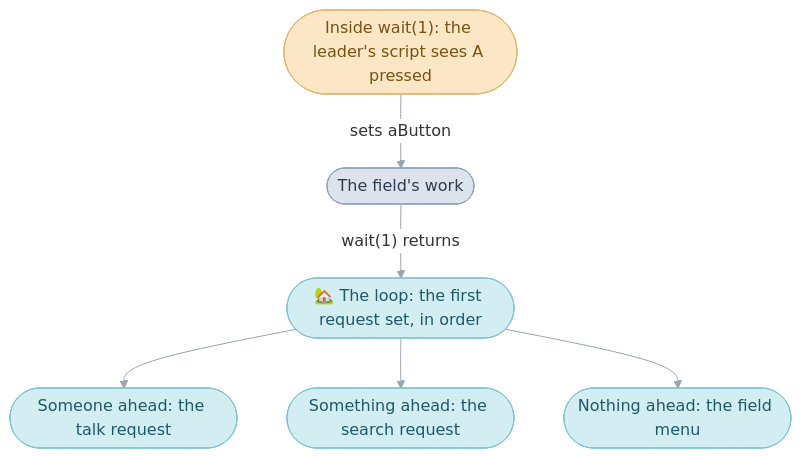
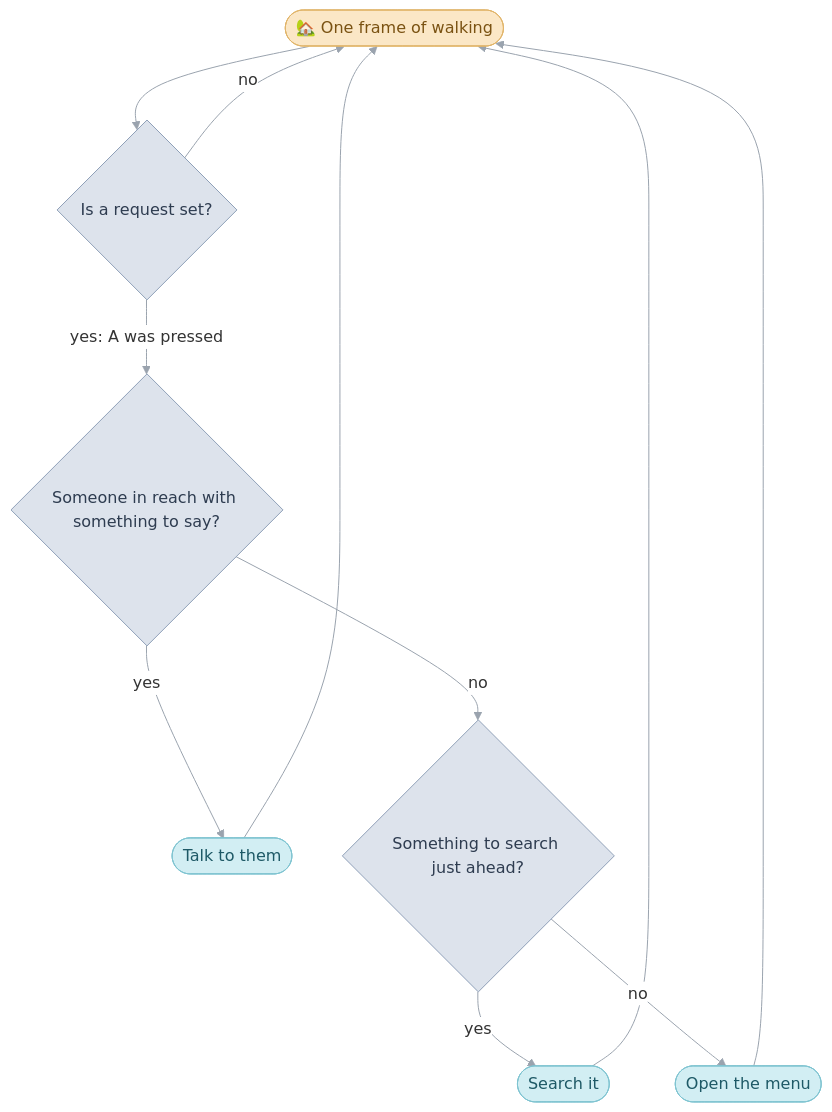
Before and after one commit to PascalPixel/alchemy: the diagram in games/tbs/src/field/README.md, drawn with Mermaid. The commit also changed other lines of this file and 20 other files, not shown here.

````diff
--- a/games/tbs/src/field/README.md
+++ b/games/tbs/src/field/README.md
@@ -121,15 +145,20 @@
 ```mermaid
 %%{init: {"theme": "base", "themeVariables": {"lineColor": "#9AA3AE", "edgeLabelBackground": "#FFFFFF"}, "flowchart": {"curve": "basis", "padding": 12}}}%%
 flowchart TD
-  frame(["Inside wait(1): the leader's script sees A pressed"]) -- "sets aButton" --> work(["The field's work"])
-  work -- "wait(1) returns" --> loop(["🏡 The loop: the first request set, in order"])
-  loop --> talk(["Someone ahead: the talk request"])
-  loop --> search(["Something ahead: the search request"])
-  loop --> menu(["Nothing ahead: the field menu"])
+  loop(["🏡 One frame of walking"]) --> any{"Is a request set?"}
+  any -- no --> loop
+  any -- "yes: A was pressed" --> who{"Someone in reach with something to say?"}
+  who -- yes --> talk(["Talk to them"])
+  who -- no --> what{"Something to search just ahead?"}
+  what -- yes --> search(["Search it"])
+  what -- no --> menu(["Open the menu"])
+  talk --> loop
+  search --> loop
+  menu --> loop
+  classDef sequence fill:#D2EEF3,stroke:#7FC3D0,color:#1E5966
   classDef frame fill:#FBE7C6,stroke:#E0B46A,color:#7A5212
   classDef code fill:#DDE3EC,stroke:#8FA0B8,color:#2E3C50
-  classDef sequence fill:#D2EEF3,stroke:#7FC3D0,color:#1E5966
-  class frame frame
-  class work code
-  class loop,talk,search,menu sequence
+  class loop frame
+  class any,who,what code
+  class talk,search,menu sequence
 ```
````
